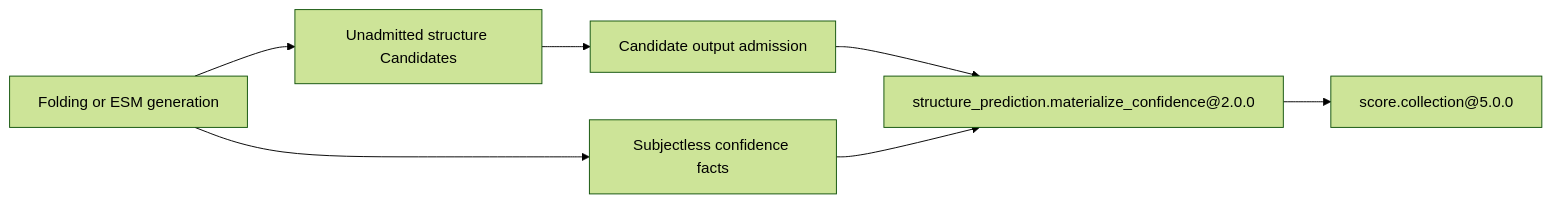
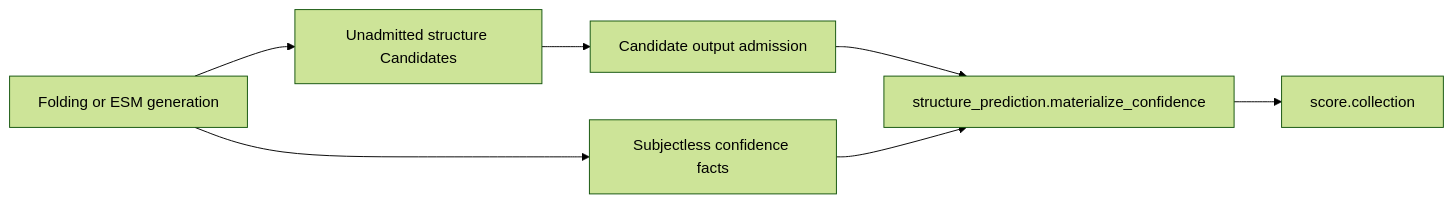
The second of 3 diagrams in docs/protein_workbench_architecture.md (natsusorahoshinochan-max/modules-ESM), drawn with Mermaid (forest theme) before and after one commit. The commit also changed other lines of this file and 33 other files, not shown here.

````diff
--- a/docs/protein_workbench_architecture.md
+++ b/docs/protein_workbench_architecture.md
@@ -544,9 +533,9 @@
 ```mermaid
 flowchart LR
     GEN["Folding or ESM generation"] --> CAND["Unadmitted structure Candidates"]
     GEN --> FACTS["Subjectless confidence facts"]
     CAND --> ADMIT["Candidate output admission"]
-    ADMIT --> MAT["structure_prediction.materialize_confidence@2.0.0"]
+    ADMIT --> MAT["structure_prediction.materialize_confidence"]
     FACTS --> MAT
-    MAT --> SCORE["score.collection@5.0.0"]
+    MAT --> SCORE["score.collection"]
 ```
````
